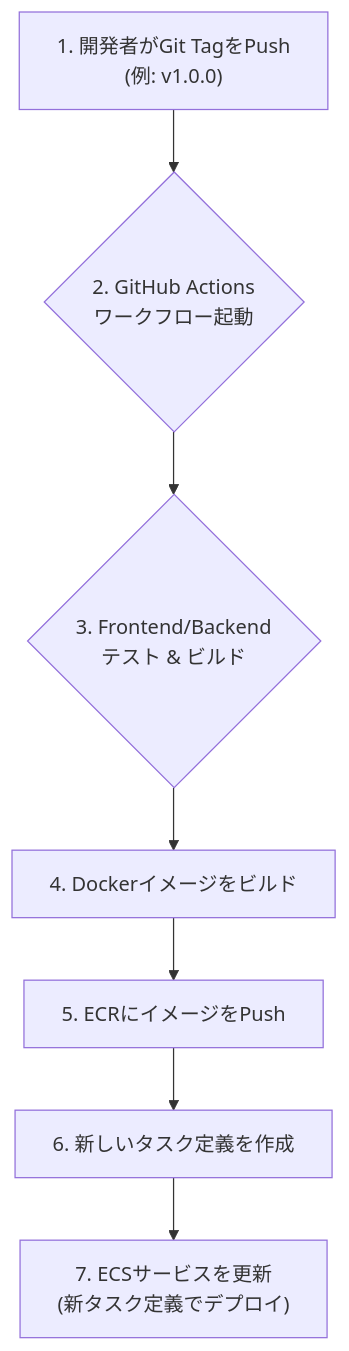
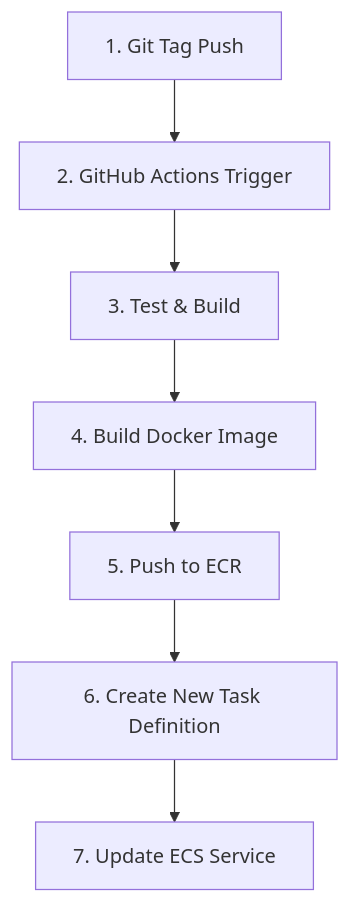
Before and after one commit to kaz-mathui/LifePlan: the second of 2 diagrams in README.md, drawn with Mermaid. The commit also changed 5 other files, not shown here.

````diff
--- a/README.md
+++ b/README.md
@@ -76,9 +76,9 @@
 ```mermaid
 graph TD
-    A["1. 開発者がGit TagをPush<br>(例: v1.0.0)"] --> B{"2. GitHub Actions<br>ワークフロー起動"};
-    B --> C{"3. Frontend/Backend<br>テスト & ビルド"};
-    C --> D["4. Dockerイメージをビルド"];
-    D --> E["5. ECRにイメージをPush"];
-    E --> F["6. 新しいタスク定義を作成"];
-    F --> G["7. ECSサービスを更新<br>(新タスク定義でデプロイ)"];
+    A["1. Git Tag Push"] --> B["2. GitHub Actions Trigger"];
+    B --> C["3. Test & Build"];
+    C --> D["4. Build Docker Image"];
+    D --> E["5. Push to ECR"];
+    E --> F["6. Create New Task Definition"];
+    F --> G["7. Update ECS Service"];
 ```
````
